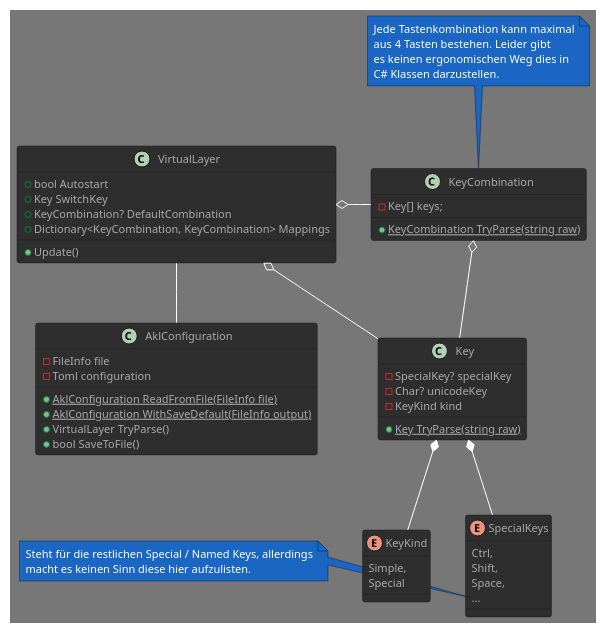
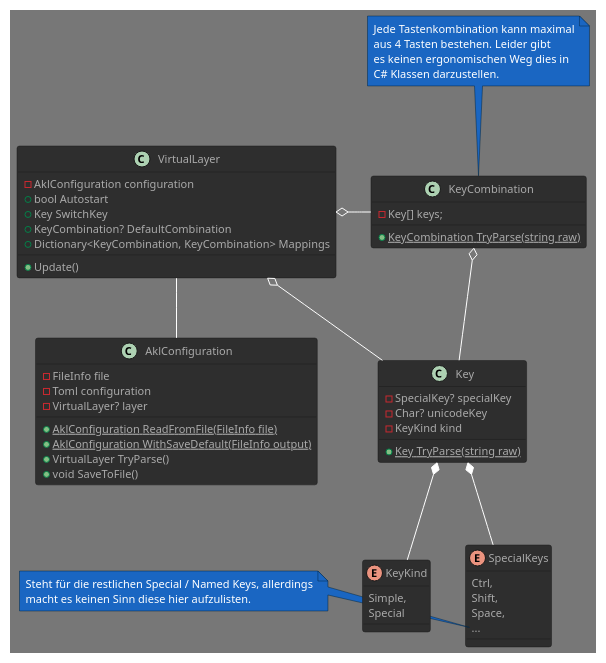
The first of 2 diagrams in README.adoc (marchaen/another-keyboard-layer), drawn with PlantUML before and after one commit. The commit also changed 4 other files, not shown here.

```diff
--- a/README.adoc
+++ b/README.adoc
@@ -99,70 +99,72 @@
 [plantuml, target="common-api-definition", format=svg]
 ....
 @startuml
 !theme reddress-darkblue
 
 enum SpecialKeys {
     Ctrl,
     Shift,
     Space,
     ...
 }
 
 note left of SpecialKeys::...
 Steht für die restlichen Special / Named Keys, allerdings
 macht es keinen Sinn diese hier aufzulisten.
 end note
 
 enum KeyKind {
     Simple,
     Special
 }
 
 class Key {
     {field} -SpecialKey? specialKey
     {field} -Char? unicodeKey
     {field} -KeyKind kind
     {static} {method} +Key TryParse(string raw)
 }
 
 Key *-- SpecialKeys
 Key *-- KeyKind
 
 class KeyCombination {
     {field} -Key[] keys;
     {static} {method} +KeyCombination TryParse(string raw)
 }
 
 note top of KeyCombination
 Jede Tastenkombination kann maximal
 aus 4 Tasten bestehen. Leider gibt
 es keinen ergonomischen Weg dies in
 C# Klassen darzustellen.
 end note
 
 KeyCombination o-- Key
 
 class VirtualLayer {
+    {field} -AklConfiguration configuration
     {field} +bool Autostart
     {field} +Key SwitchKey
     {field} +KeyCombination? DefaultCombination
     {field} +Dictionary<KeyCombination, KeyCombination> Mappings
     {method} +Update()
 }
 
 VirtualLayer o- KeyCombination
 VirtualLayer o- Key
 
 class AklConfiguration {
     {field} -FileInfo file
     {field} -Toml configuration
+    {field} -VirtualLayer? layer
     {static} {method} +AklConfiguration ReadFromFile(FileInfo file)
     {static} {method} +AklConfiguration WithSaveDefault(FileInfo output)
     {method} +VirtualLayer TryParse()
-    {method} +bool SaveToFile()
+    {method} +void SaveToFile()
 }
 
 VirtualLayer -- AklConfiguration
 
 @enduml
 ....
```
